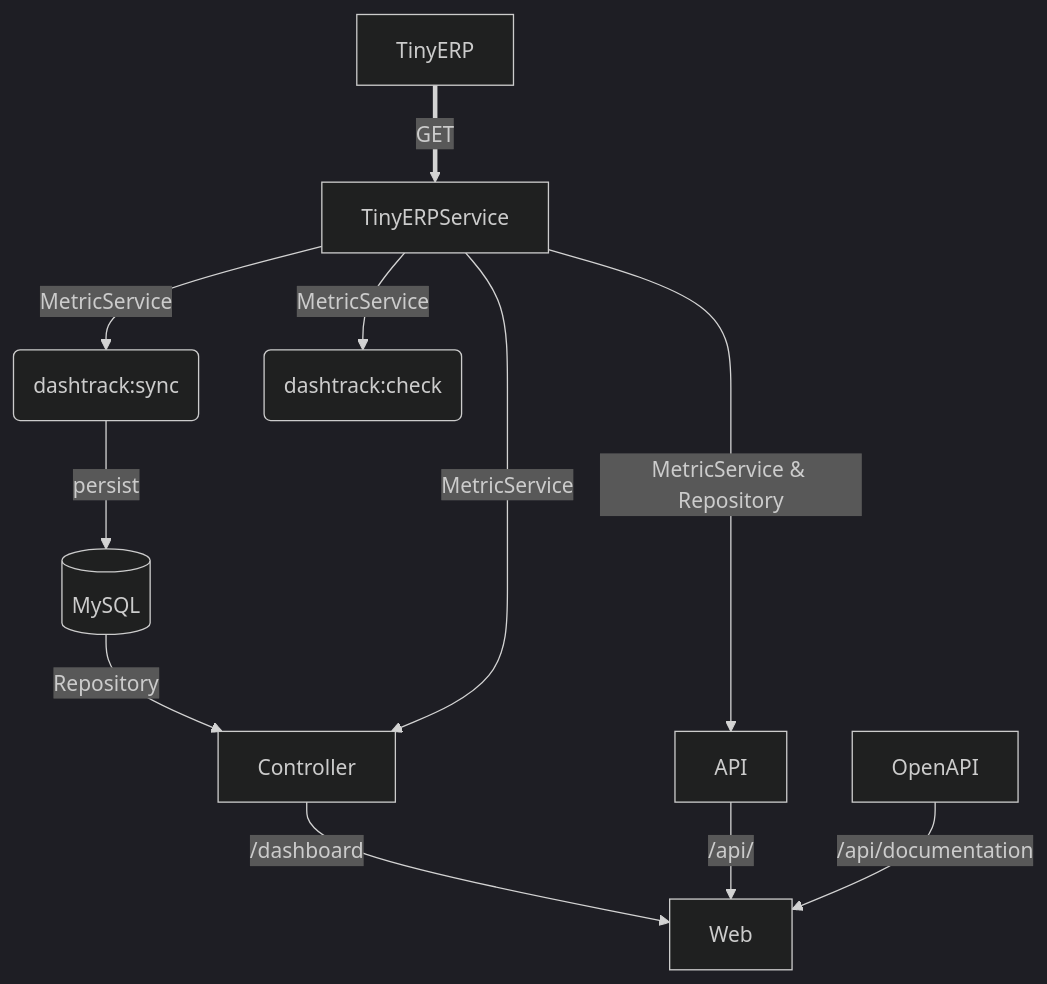
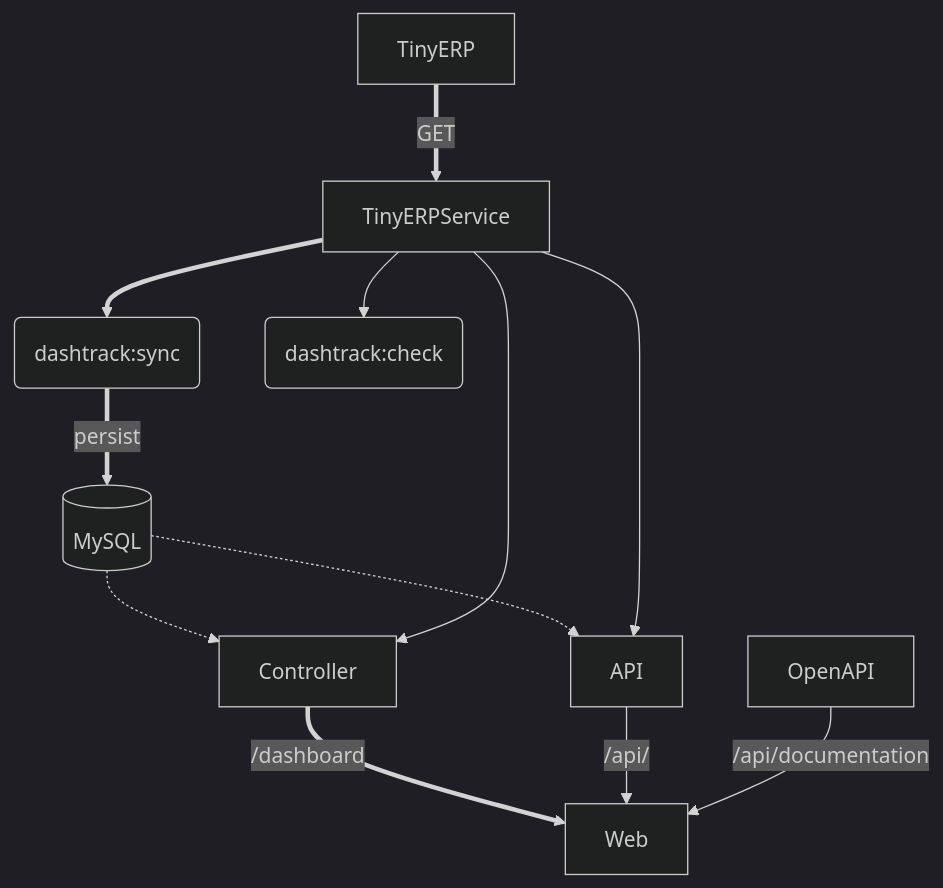
The diagram in README.md (devbrunocorrea/dashtrack), drawn with Mermaid (dark theme) before and after one commit.

Commit message:
Simplificado Diagrama

````diff
--- a/README.md
+++ b/README.md
@@ -83,13 +83,14 @@
 ```mermaid
 flowchart TD
     TinyERP ==>|GET| TinyERPService
-    MySQL[(MySQL)] -->|Repository|Controller
-    TinyERPService -->|MetricService| Console(dashtrack:sync)
-    TinyERPService -->|MetricService| Console2(dashtrack:check)
-    TinyERPService -->|MetricService| Controller
-    TinyERPService -->|MetricService & Repository| API
-    Console -->|persist|MySQL[(MySQL)]
-    Controller -->|/dashboard| Web
+    MySQL[(MySQL)] -.->Controller
+    MySQL[(MySQL)] -.->API
+    TinyERPService ==> Console(dashtrack:sync)
+    TinyERPService --> Console2(dashtrack:check)
+    TinyERPService --> Controller
+    TinyERPService --> API
+    Console ==>|persist|MySQL[(MySQL)]
+    Controller ==>|/dashboard| Web
     API -->|/api/| Web
     OpenAPI -->|/api/documentation|Web
 ```
````
